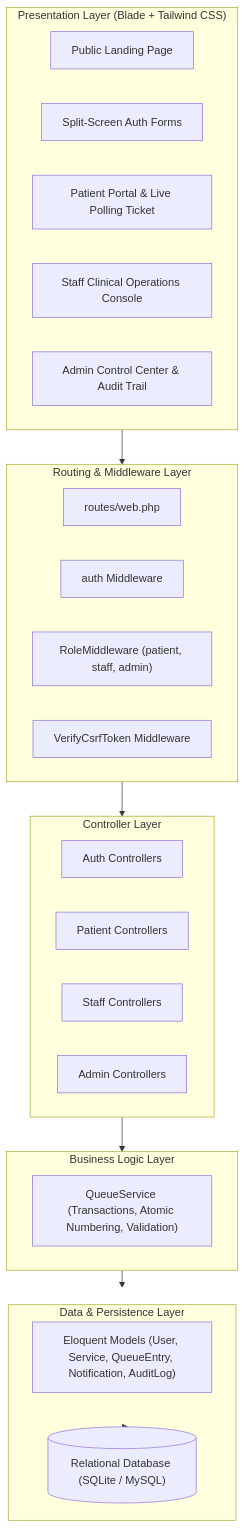
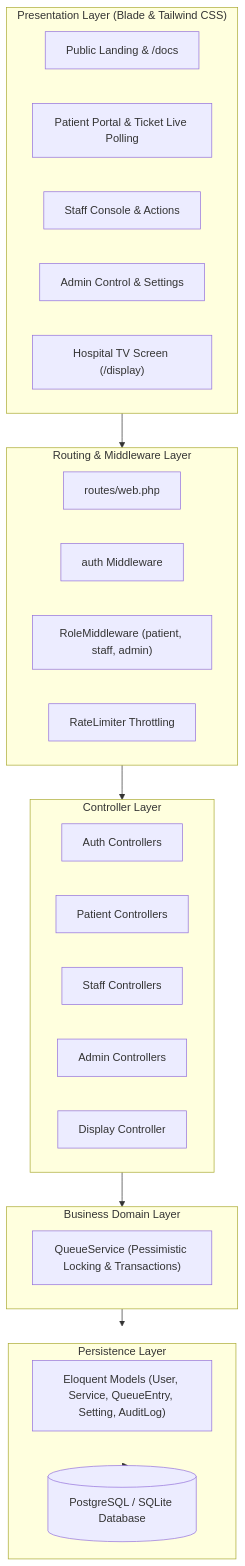
Before and after one commit to mhiskall282/MediQueue: the seventh of 7 diagrams in docs/system-design.md, drawn with Mermaid. The commit also changed other lines of this file, not shown here.

Commit message:
docs(mermaid): fix GitHub markdown rendering compatibility for system context and architecture diagrams

````diff
--- a/docs/system-design.md
+++ b/docs/system-design.md
@@ -280,39 +274,40 @@
 ```mermaid
-flowchart TD
-    subgraph Client["Presentation Layer (Blade + Tailwind CSS)"]
-        UI_PUBLIC["Public Landing Page"]
-        UI_AUTH["Split-Screen Auth Forms"]
-        UI_PATIENT["Patient Portal & Live Polling Ticket"]
-        UI_STAFF["Staff Clinical Operations Console"]
-        UI_ADMIN["Admin Control Center & Audit Trail"]
+graph TD
+    subgraph Presentation["Presentation Layer (Blade & Tailwind CSS)"]
+        UI_PUBLIC["Public Landing & /docs"]
+        UI_PATIENT["Patient Portal & Ticket Live Polling"]
+        UI_STAFF["Staff Console & Actions"]
+        UI_ADMIN["Admin Control & Settings"]
+        UI_DISP["Hospital TV Screen (/display)"]
     end
 
     subgraph Routing["Routing & Middleware Layer"]
         ROUTES["routes/web.php"]
         AUTH_MID["auth Middleware"]
         ROLE_MID["RoleMiddleware (patient, staff, admin)"]
-        CSRF_MID["VerifyCsrfToken Middleware"]
+        THROTTLE["RateLimiter Throttling"]
     end
 
     subgraph Controllers["Controller Layer"]
         C_AUTH["Auth Controllers"]
         C_PAT["Patient Controllers"]
         C_STF["Staff Controllers"]
         C_ADM["Admin Controllers"]
+        C_DISP["Display Controller"]
     end
 
-    subgraph ServiceLayer["Business Logic Layer"]
-        QS["QueueService (Transactions, Atomic Numbering, Validation)"]
+    subgraph ServiceLayer["Business Domain Layer"]
+        QS["QueueService (Pessimistic Locking & Transactions)"]
     end
 
-    subgraph DataLayer["Data & Persistence Layer"]
-        MODELS["Eloquent Models (User, Service, QueueEntry, Notification, AuditLog)"]
-        DB_STORE[("Relational Database (SQLite / MySQL)")]
+    subgraph DataLayer["Persistence Layer"]
+        MODELS["Eloquent Models (User, Service, QueueEntry, Setting, AuditLog)"]
+        DB_STORE[("PostgreSQL / SQLite Database")]
     end
 
-    Client --> Routing
+    Presentation --> Routing
     Routing --> Controllers
     Controllers --> ServiceLayer
     ServiceLayer --> DataLayer
     DataLayer --> DB_STORE
 ```
````
